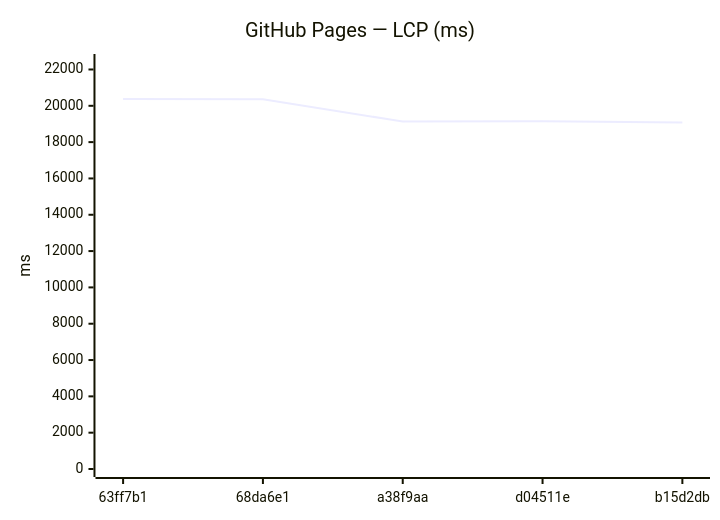
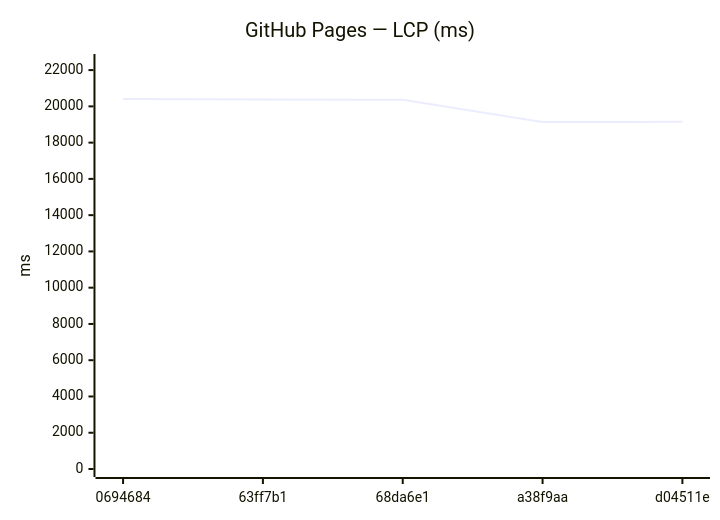
The ninth of 18 diagrams in benchmarks/compare.md (Metaheurist/Rianell), drawn with Mermaid before and after one commit. The commit also changed other lines of this file and 11 other files, not shown here.

````diff
--- a/benchmarks/compare.md
+++ b/benchmarks/compare.md
@@ -142,7 +142,7 @@
 ```mermaid
 xychart-beta
     title "GitHub Pages — LCP (ms)"
-    x-axis ["63ff7b1", "68da6e1", "a38f9aa", "d04511e", "b15d2db"]
-    y-axis "ms" 0 --> 22412
-    line [20374, 20366, 19133, 19145, 19077]
+    x-axis ["0694684", "63ff7b1", "68da6e1", "a38f9aa", "d04511e"]
+    y-axis "ms" 0 --> 22447
+    line [20406, 20374, 20366, 19133, 19145]
 ```
````
